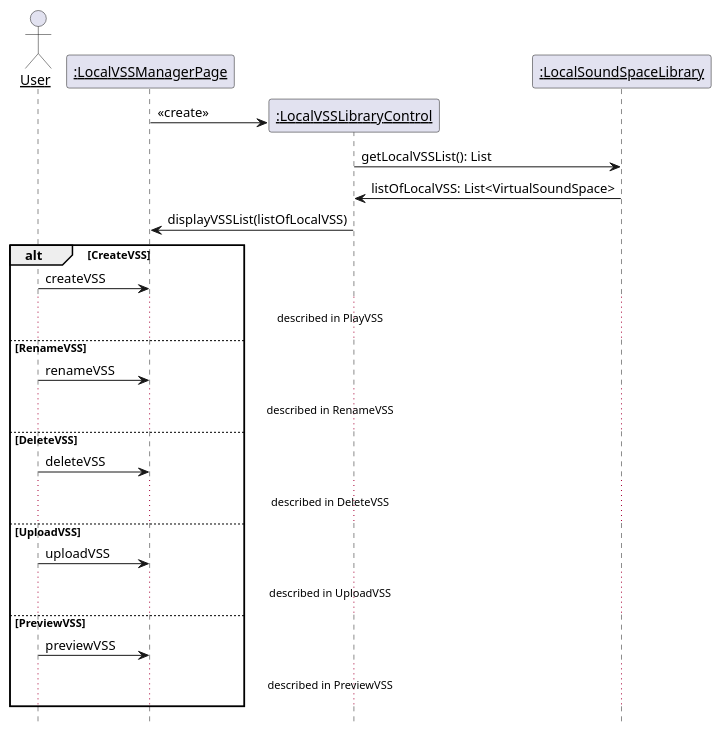
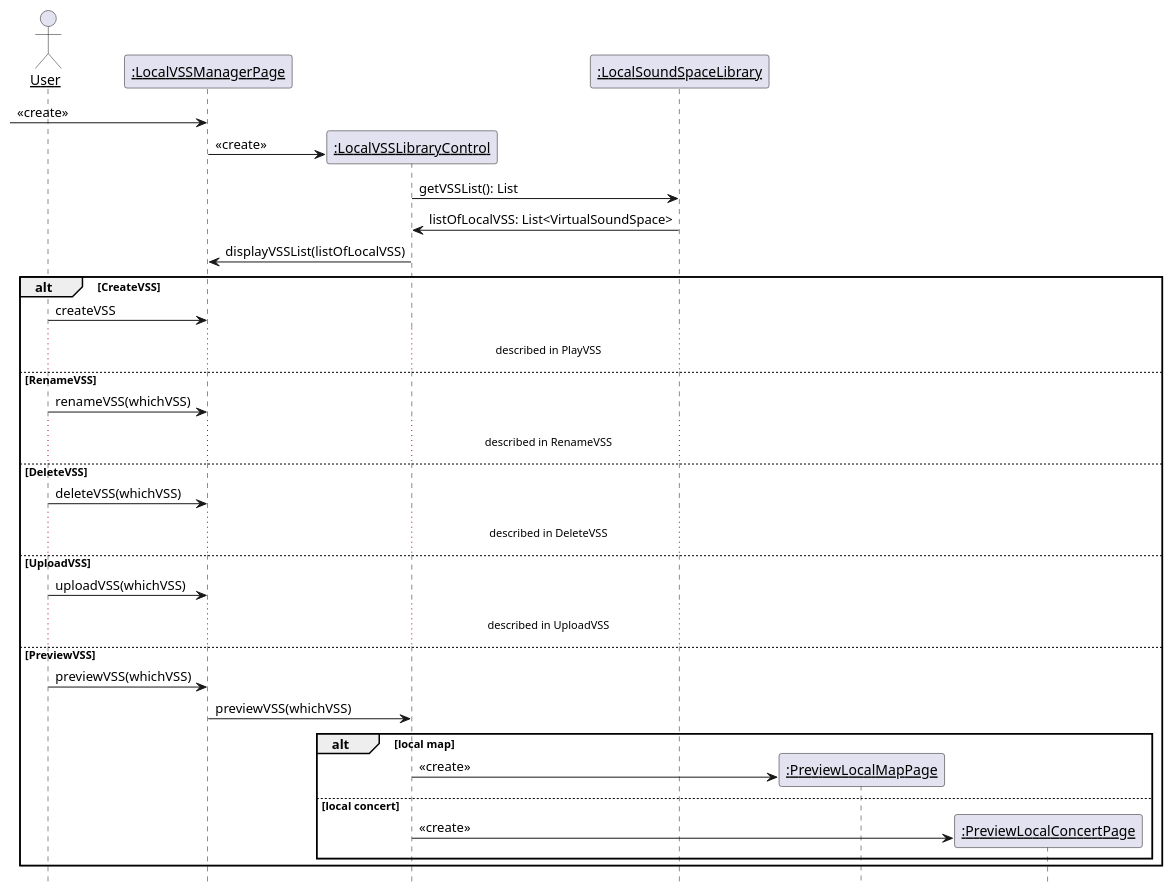
One commit to kpp19920121/doc changed the third of 20 diagrams in 需求定义和分析/SeqDiagram.md. Above: the diagram before and after it, drawn with PlantUML. The commit also changed other lines of this file and 5 other files, not shown here.

````diff
--- a/需求定义和分析/SeqDiagram.md
+++ b/需求定义和分析/SeqDiagram.md
@@ -136,35 +138,47 @@
 ```PlantUML
 @startuml ManageLocalVSSLibrary
 hide footbox
 skinparam sequenceParticipant underline
 
 actor User as user
 participant ":LocalVSSManagerPage" as boundary
 participant ":LocalVSSLibraryControl" as control
 participant ":LocalSoundSpaceLibrary" as library
 
+create boundary
+[-> boundary: <<create>>
 create control
 boundary -> control: <<create>>
-control -> library: getLocalVSSList(): List
+control -> library: getVSSList(): List
 library -> control: listOfLocalVSS: List<VirtualSoundSpace>
 control -> boundary: displayVSSList(listOfLocalVSS)
 
 
 alt CreateVSS
     user -> boundary: createVSS
     ...described in PlayVSS...
 else RenameVSS
-    user -> boundary: renameVSS
+    user -> boundary: renameVSS(whichVSS)
     ...described in RenameVSS...
 else DeleteVSS
-    user -> boundary: deleteVSS
+    user -> boundary: deleteVSS(whichVSS)
     ...described in DeleteVSS...
 else UploadVSS
-    user -> boundary: uploadVSS
+    user -> boundary: uploadVSS(whichVSS)
     ...described in UploadVSS...
 else PreviewVSS
-    user -> boundary: previewVSS
-    ...described in PreviewVSS...
+    user -> boundary: previewVSS(whichVSS)
+    boundary -> control: previewVSS(whichVSS)
+    alt local map
+        participant ":PreviewLocalMapPage" as plmp
+        create plmp
+        control -> plmp: <<create>>
+
+    else local concert
+        participant ":PreviewLocalConcertPage" as plcp
+        create plcp
+        control -> plcp: <<create>>
+    end
 end
 @enduml
 ```
````
